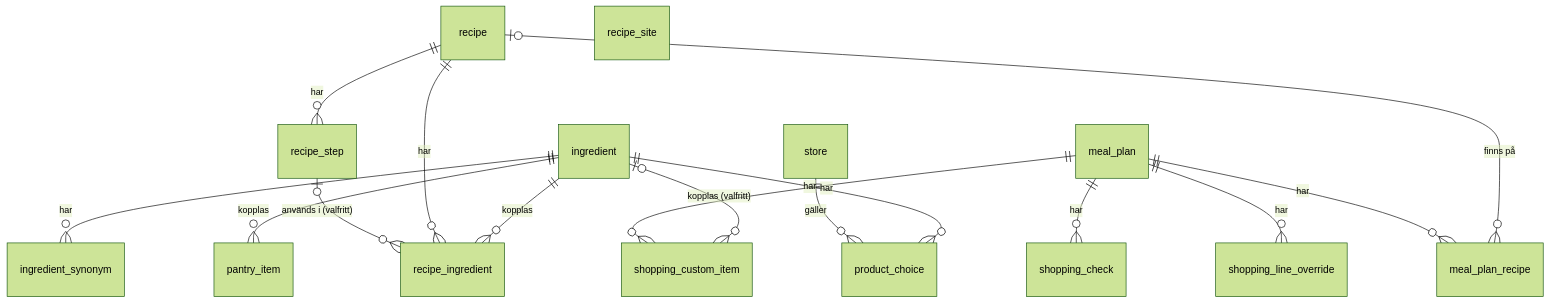
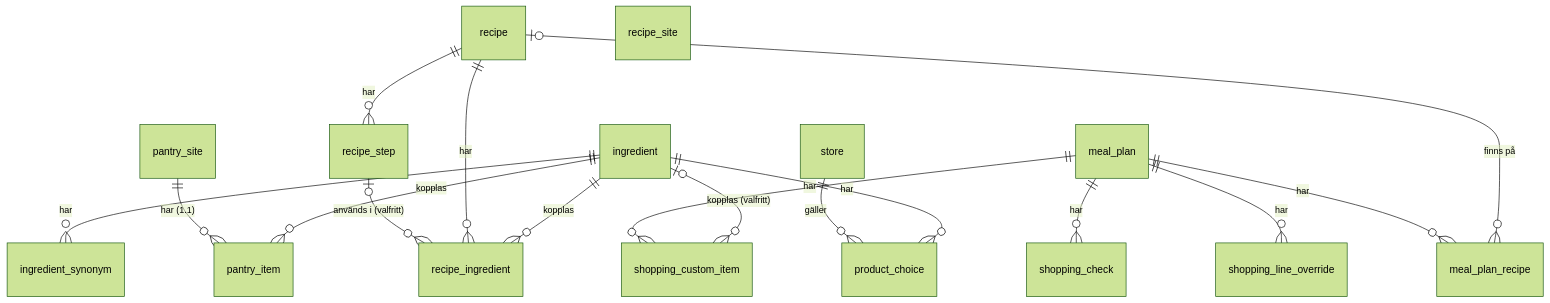
Before and after one commit to Snowstar66/matkoll: the second of 3 diagrams in _bmad-output/planning-artifacts/architecture/architecture-Matkoll-2026-10-25/ARCHITECTURE-SPINE.md, drawn with Mermaid (forest theme). The commit also changed other lines of this file and 10 other files, not shown here.

````diff
--- a/_bmad-output/planning-artifacts/architecture/architecture-Matkoll-2026-10-25/ARCHITECTURE-SPINE.md
+++ b/_bmad-output/planning-artifacts/architecture/architecture-Matkoll-2026-10-25/ARCHITECTURE-SPINE.md
@@ -317,18 +384,19 @@
 ```mermaid
 erDiagram
   ingredient ||--o{ ingredient_synonym : "har"
   ingredient ||--o{ recipe_ingredient : "kopplas"
   ingredient ||--o{ pantry_item : "kopplas"
+  pantry_site ||--o{ pantry_item : "har (1.1)"
   ingredient |o--o{ shopping_custom_item : "kopplas (valfritt)"
   ingredient ||--o{ product_choice : "har"
   recipe ||--o{ recipe_step : "har"
   recipe ||--o{ recipe_ingredient : "har"
   recipe_step |o--o{ recipe_ingredient : "används i (valfritt)"
   recipe |o--o{ meal_plan_recipe : "finns på"
   meal_plan ||--o{ meal_plan_recipe : "har"
   meal_plan ||--o{ shopping_check : "har"
   meal_plan ||--o{ shopping_line_override : "har"
   meal_plan ||--o{ shopping_custom_item : "har"
   store ||--o{ product_choice : "gäller"
   recipe_site
 ```
````
